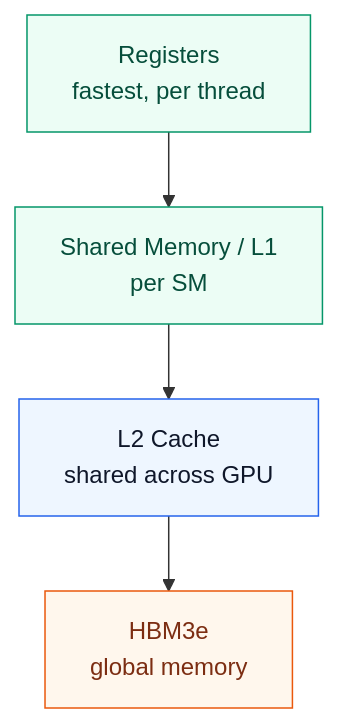
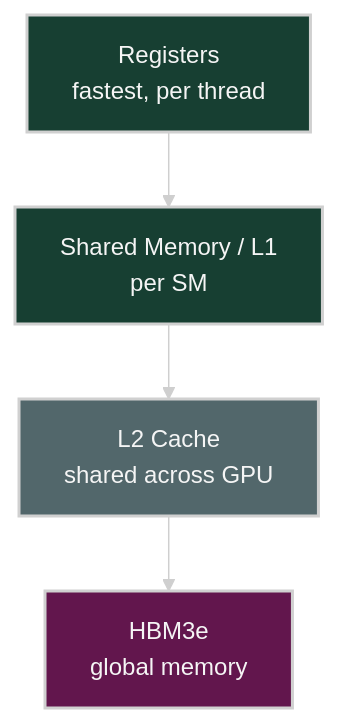
The eighth of 15 diagrams in ai-system-performance-engineering/chap02/README.md (ziwon/ai-data-center-network), drawn with Mermaid before and after one commit. The commit also changed other lines of this file and 35 other files, not shown here.

Commit message:
docs(mermaid): apply dark diagram style

````diff
--- a/ai-system-performance-engineering/chap02/README.md
+++ b/ai-system-performance-engineering/chap02/README.md
@@ -410,13 +417,14 @@
 ```mermaid
+%%{init: {"theme": "base", "themeVariables": {"background": "#171717", "primaryColor": "#232323", "primaryTextColor": "#f5f5f5", "primaryBorderColor": "#d0d0d0", "lineColor": "#cfcfcf", "fontFamily": "Inter, Arial, sans-serif"}}}%%
 flowchart TB
-    classDef fast fill:#ecfdf5,stroke:#059669,color:#064e3b
-    classDef mid fill:#eef6ff,stroke:#2563eb,color:#0f172a
-    classDef slow fill:#fff7ed,stroke:#ea580c,color:#7c2d12
+    classDef fast fill:#173f32,stroke:#d0d0d0,color:#f5f5f5,stroke-width:2px;
+    classDef mid fill:#52676b,stroke:#d0d0d0,color:#f5f5f5,stroke-width:2px;
+    classDef slow fill:#62164d,stroke:#d0d0d0,color:#f5f5f5,stroke-width:2px;
 
     REG[Registers<br/>fastest, per thread]:::fast
     SMEM[Shared Memory / L1<br/>per SM]:::fast
     L2[L2 Cache<br/>shared across GPU]:::mid
     HBM[HBM3e<br/>global memory]:::slow
 
     REG --> SMEM --> L2 --> HBM
 ```
````
